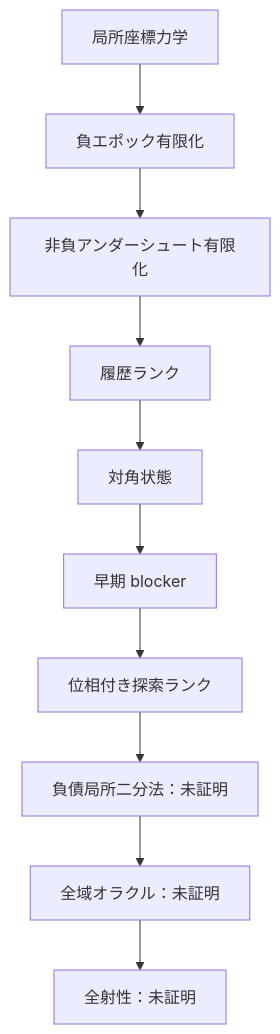
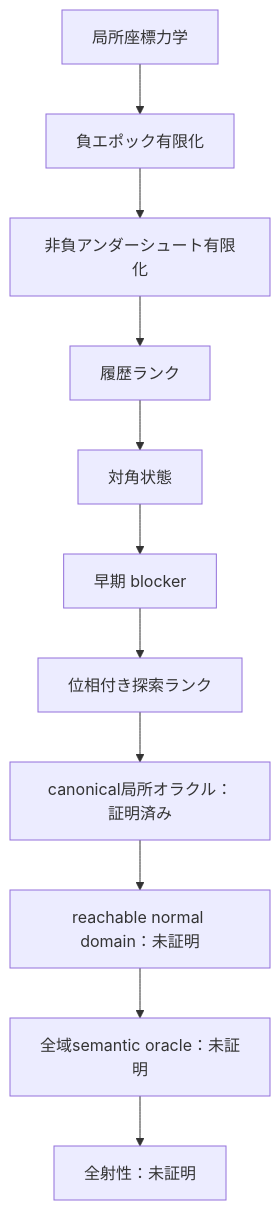
One commit to hirokidaichi/recaman-lean-research changed the diagram in README.md. Above: the diagram before and after it, drawn with Mermaid. The commit also changed other lines of this file and 17 other files, not shown here.

````diff
--- a/README.md
+++ b/README.md
@@ -35,12 +39,13 @@
 ```mermaid
 flowchart TD
     A["局所座標力学"] --> B["負エポック有限化"]
     B --> C["非負アンダーシュート有限化"]
     C --> D["履歴ランク"]
     D --> E["対角状態"]
     E --> F["早期 blocker"]
     F --> G["位相付き探索ランク"]
-    G --> H["負債局所二分法：未証明"]
-    H --> I["全域オラクル：未証明"]
-    I --> J["全射性：未証明"]
+    G --> H["canonical局所オラクル：証明済み"]
+    H --> I["reachable normal domain：未証明"]
+    I --> J["全域semantic oracle：未証明"]
+    J --> K["全射性：未証明"]
 ```
````
